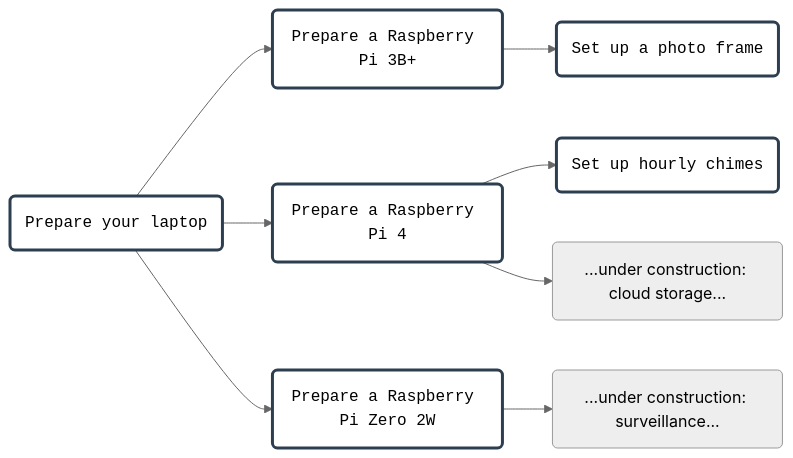
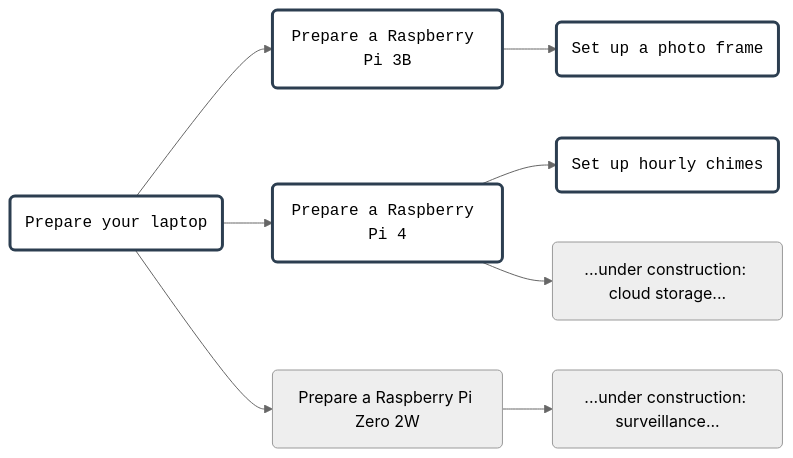
Before and after one commit to AninditaBasu/pi-projects: the diagram in _includes/mermaid_navigation_flowchart.md, drawn with Mermaid (neutral theme). The commit also changed 8 other files, not shown here.

```diff
--- a/_includes/mermaid_navigation_flowchart.md
+++ b/_includes/mermaid_navigation_flowchart.md
@@ -1,13 +1,17 @@
 <div class="mermaid">
 flowchart LR
-    A(Prepare your laptop) --> B(Prepare a Raspberry Pi 3B+)
+    A(Prepare your laptop) --> B(Prepare a Raspberry Pi 3B)
 	A --> C(Prepare a Raspberry Pi 4)
     B --> D(Set up a photo frame)
     C --> E(Set up hourly chimes)
 	A --> F(Prepare a Raspberry Pi Zero 2W)
 	F --> G(...under construction: surveillance...)
     C --> H(...under construction: cloud storage...)
 	
+	click A "https://aninditabasu.github.io/pi-projects/topics/set_up_laptop.html"
+	click D "https://aninditabasu.github.io/pi-projects/topics/photo_frame.html"
+	click E "https://aninditabasu.github.io/pi-projects/topics/clock_chime.html"
+	
 	classDef boxstyle fill:white,stroke:#2c3e50,stroke-width:3px,font-family: monospace;
-    class A,B,C,D,E,F boxstyle;
+    class A,B,C,D,E boxstyle;
 </div>
```
